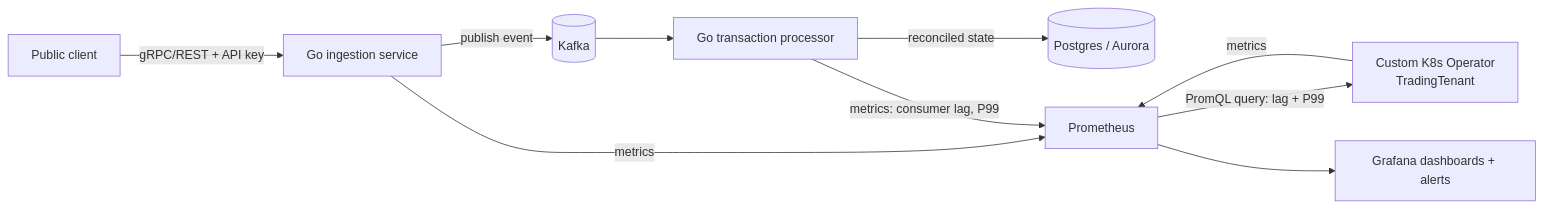
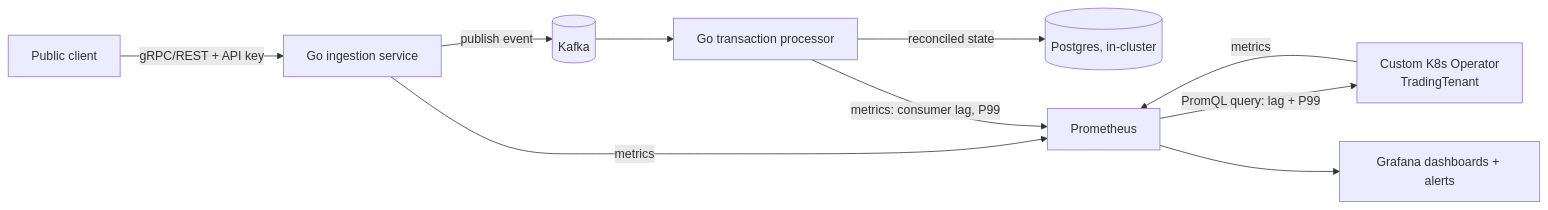
One commit to anwinsenp/go-transaction-control-plane changed the diagram in docs/ARCHITECTURE.md. Above: the diagram before and after it, drawn with Mermaid. The commit also changed other lines of this file and 7 other files, not shown here.

First line of the commit message:
docs(storage): move Postgres in-cluster, drop RDS/Aurora refs

````diff
--- a/docs/ARCHITECTURE.md
+++ b/docs/ARCHITECTURE.md
@@ -40,12 +40,12 @@
 ```mermaid
 flowchart LR
     client[Public client] -->|gRPC/REST + API key| ingest[Go ingestion service]
     ingest -->|publish event| kafka[(Kafka)]
     kafka --> processor[Go transaction processor]
-    processor -->|reconciled state| postgres[(Postgres / Aurora)]
+    processor -->|reconciled state| postgres[(Postgres, in-cluster)]
     ingest -->|metrics| prom[Prometheus]
     processor -->|metrics: consumer lag, P99| prom
     operator -->|metrics| prom
     prom -->|PromQL query: lag + P99| operator[Custom K8s Operator\nTradingTenant]
     prom --> grafana[Grafana dashboards + alerts]
 ```
````
